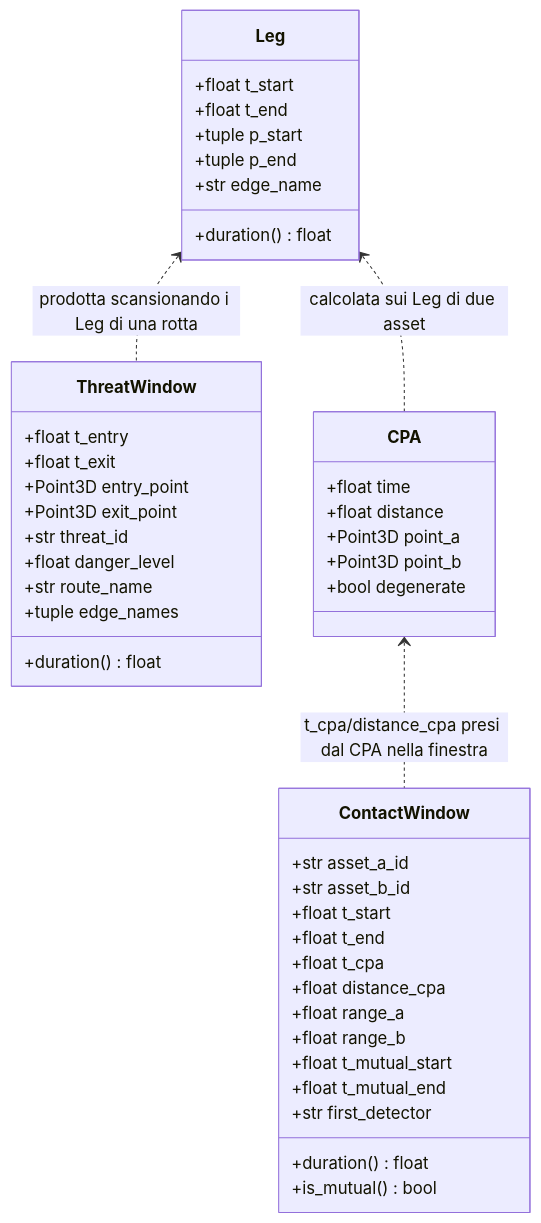
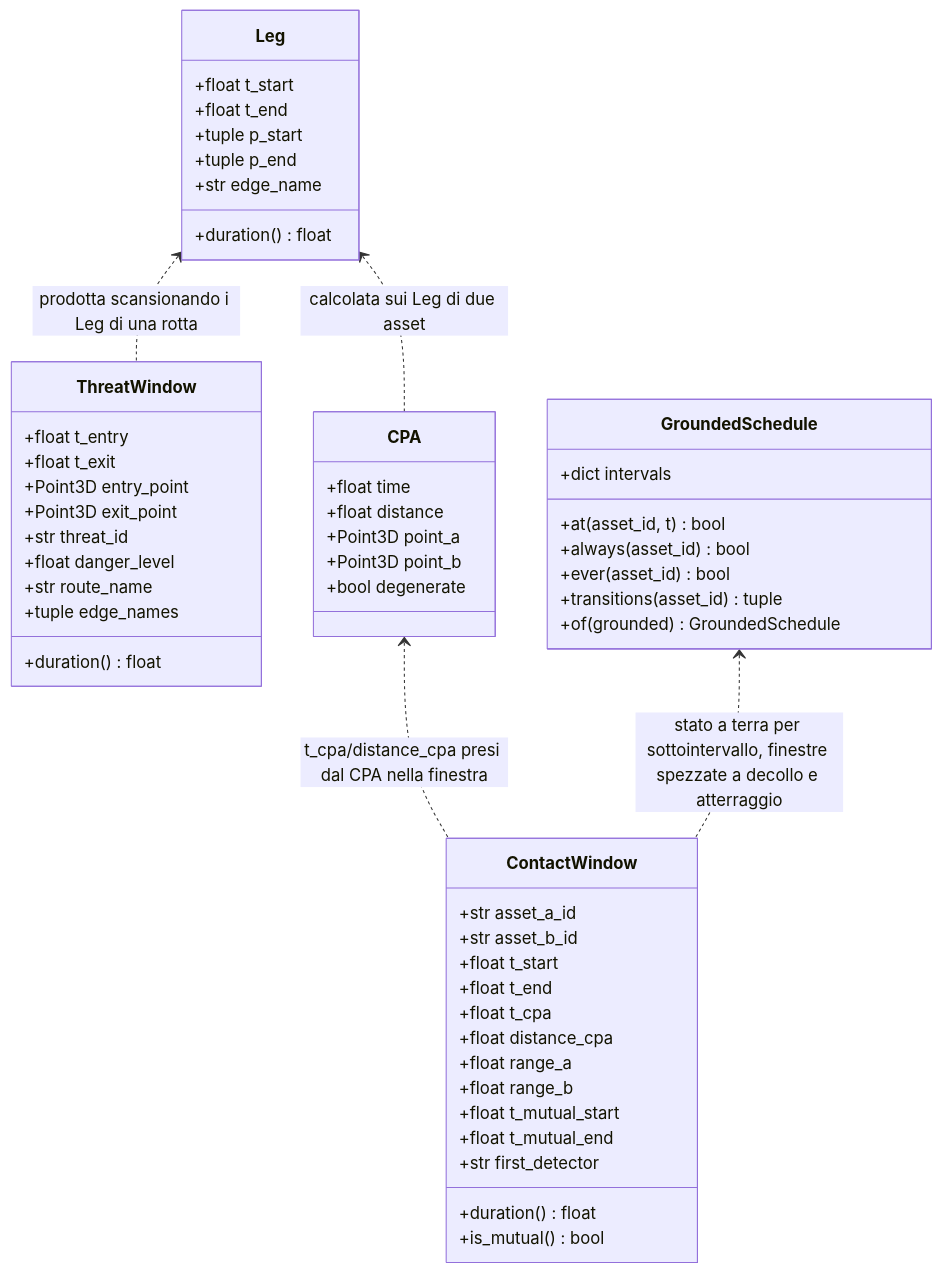
One commit to MakusIV/Warfare-Model changed the diagram in Analysis/Document/Manuale_Motore_DES/04_Strato1_Scheduler_Contatti.md. Above: the diagram before and after it, drawn with Mermaid. The commit also changed other lines of this file and 9 other files, not shown here.

````diff
--- a/Analysis/Document/Manuale_Motore_DES/04_Strato1_Scheduler_Contatti.md
+++ b/Analysis/Document/Manuale_Motore_DES/04_Strato1_Scheduler_Contatti.md
@@ -171,51 +229,61 @@
 ```mermaid
 classDiagram
     class Leg {
         +float t_start
         +float t_end
         +tuple p_start
         +tuple p_end
         +str edge_name
         +duration() float
     }
 
     class ThreatWindow {
         +float t_entry
         +float t_exit
         +Point3D entry_point
         +Point3D exit_point
         +str threat_id
         +float danger_level
         +str route_name
         +tuple edge_names
         +duration() float
     }
 
     class CPA {
         +float time
         +float distance
         +Point3D point_a
         +Point3D point_b
         +bool degenerate
     }
 
     class ContactWindow {
         +str asset_a_id
         +str asset_b_id
         +float t_start
         +float t_end
         +float t_cpa
         +float distance_cpa
         +float range_a
         +float range_b
         +float t_mutual_start
         +float t_mutual_end
         +str first_detector
         +duration() float
         +is_mutual() bool
     }
 
+    class GroundedSchedule {
+        +dict intervals
+        +at(asset_id, t) bool
+        +always(asset_id) bool
+        +ever(asset_id) bool
+        +transitions(asset_id) tuple
+        +of(grounded) GroundedSchedule
+    }
+
     Leg <.. ThreatWindow : prodotta scansionando i Leg di una rotta
     Leg <.. CPA : calcolata sui Leg di due asset
     CPA <.. ContactWindow : t_cpa/distance_cpa presi dal CPA nella finestra
+    GroundedSchedule <.. ContactWindow : stato a terra per sottointervallo, finestre spezzate a decollo e atterraggio
 ```
````
